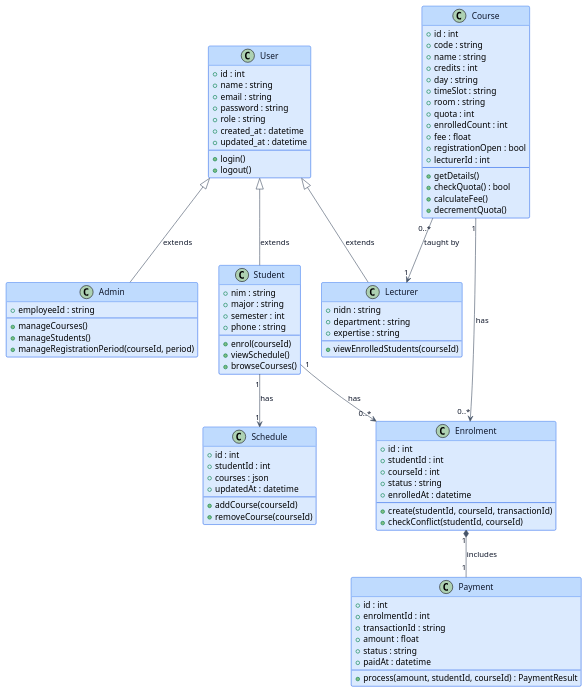
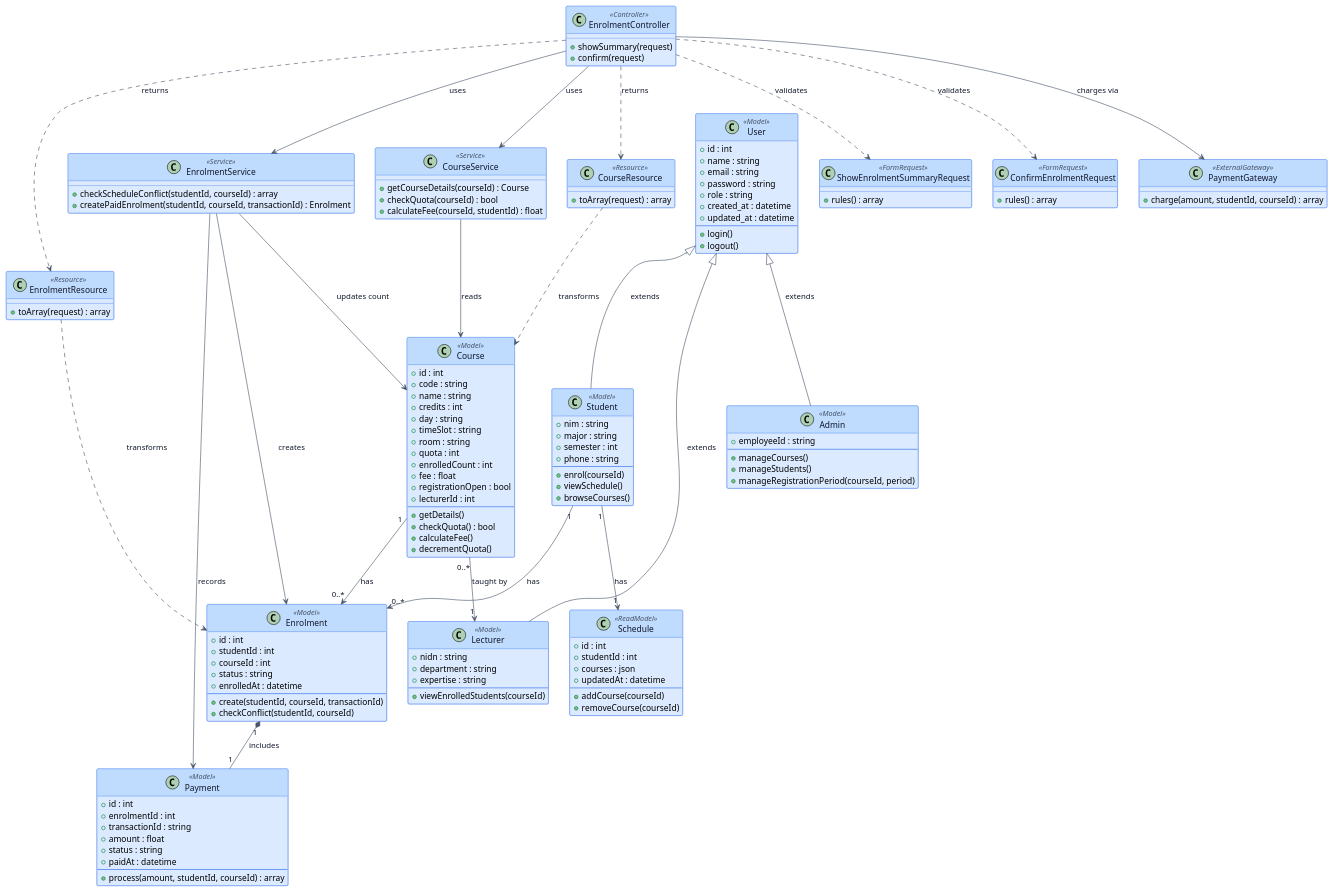
The first of 2 diagrams in src/content/blog/uml-series-part-5-class-diagram-laravel.md (se-polinema/se-polinema.github.io), drawn with PlantUML before and after one commit. The commit also changed other lines of this file and 21 other files, not shown here.

Commit message:
Fix hydration and align UML Laravel traceability

````diff
--- a/src/content/blog/uml-series-part-5-class-diagram-laravel.md
+++ b/src/content/blog/uml-series-part-5-class-diagram-laravel.md
@@ -156,7 +156,7 @@
   BorderColor #d97706
 }
 
-class User {
+class User <<Model>> {
   + id : int
   + name : string
   + email : string
@@ -169,7 +169,7 @@
   + logout()
 }
 
-class Student {
+class Student <<Model>> {
   + nim : string
   + major : string
   + semester : int
@@ -180,7 +180,7 @@
   + browseCourses()
 }
 
-class Lecturer {
+class Lecturer <<Model>> {
   + nidn : string
   + department : string
   + expertise : string
@@ -188,7 +188,7 @@
   + viewEnrolledStudents(courseId)
 }
 
-class Admin {
+class Admin <<Model>> {
   + employeeId : string
   --
   + manageCourses()
@@ -196,7 +196,7 @@
   + manageRegistrationPeriod(courseId, period)
 }
 
-class Course {
+class Course <<Model>> {
   + id : int
   + code : string
   + name : string
@@ -216,7 +216,7 @@
   + decrementQuota()
 }
 
-class Enrolment {
+class Enrolment <<Model>> {
   + id : int
   + studentId : int
   + courseId : int
@@ -227,7 +227,7 @@
   + checkConflict(studentId, courseId)
 }
 
-class Payment {
+class Payment <<Model>> {
   + id : int
   + enrolmentId : int
   + transactionId : string
@@ -235,10 +235,10 @@
   + status : string
   + paidAt : datetime
   --
-  + process(amount, studentId, courseId) : PaymentResult
+  + process(amount, studentId, courseId) : array
 }
 
-class Schedule {
+class Schedule <<ReadModel>> {
   + id : int
   + studentId : int
   + courses : json
@@ -246,6 +246,42 @@
   --
   + addCourse(courseId)
   + removeCourse(courseId)
+}
+
+class EnrolmentController <<Controller>> {
+  + showSummary(request)
+  + confirm(request)
+}
+
+class ShowEnrolmentSummaryRequest <<FormRequest>> {
+  + rules() : array
+}
+
+class ConfirmEnrolmentRequest <<FormRequest>> {
+  + rules() : array
+}
+
+class CourseService <<Service>> {
+  + getCourseDetails(courseId) : Course
+  + checkQuota(courseId) : bool
+  + calculateFee(courseId, studentId) : float
+}
+
+class EnrolmentService <<Service>> {
+  + checkScheduleConflict(studentId, courseId) : array
+  + createPaidEnrolment(studentId, courseId, transactionId) : Enrolment
+}
+
+class PaymentGateway <<ExternalGateway>> {
+  + charge(amount, studentId, courseId) : array
+}
+
+class CourseResource <<Resource>> {
+  + toArray(request) : array
+}
+
+class EnrolmentResource <<Resource>> {
+  + toArray(request) : array
 }
 
 User <|-- Student : extends
@@ -257,5 +293,19 @@
 Course "1" --> "0..*" Enrolment : has
 Enrolment "1" *-- "1" Payment : includes
 Student "1" --> "1" Schedule : has
+
+EnrolmentController ..> ShowEnrolmentSummaryRequest : validates
+EnrolmentController ..> ConfirmEnrolmentRequest : validates
+EnrolmentController --> CourseService : uses
+EnrolmentController --> EnrolmentService : uses
+EnrolmentController --> PaymentGateway : charges via
+EnrolmentController ..> CourseResource : returns
+EnrolmentController ..> EnrolmentResource : returns
+CourseService --> Course : reads
+EnrolmentService --> Enrolment : creates
+EnrolmentService --> Payment : records
+EnrolmentService --> Course : updates count
+CourseResource ..> Course : transforms
+EnrolmentResource ..> Enrolment : transforms
 @enduml
 ```
````
